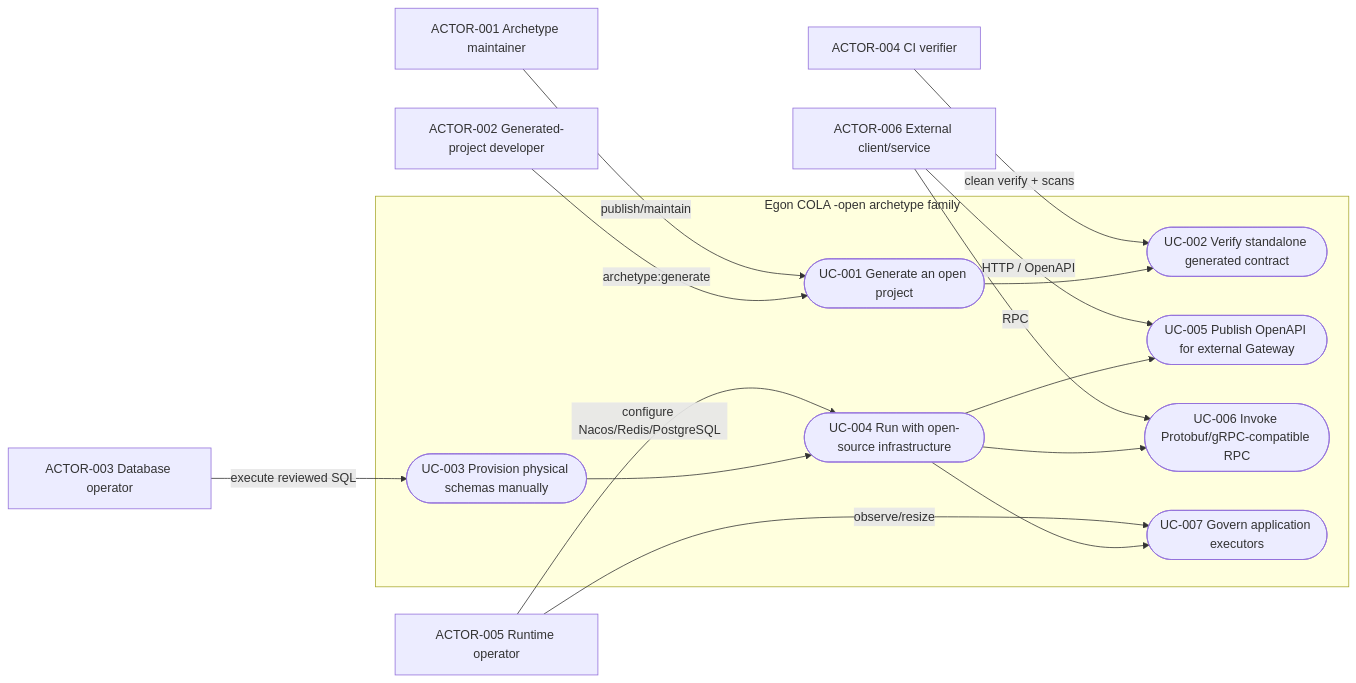
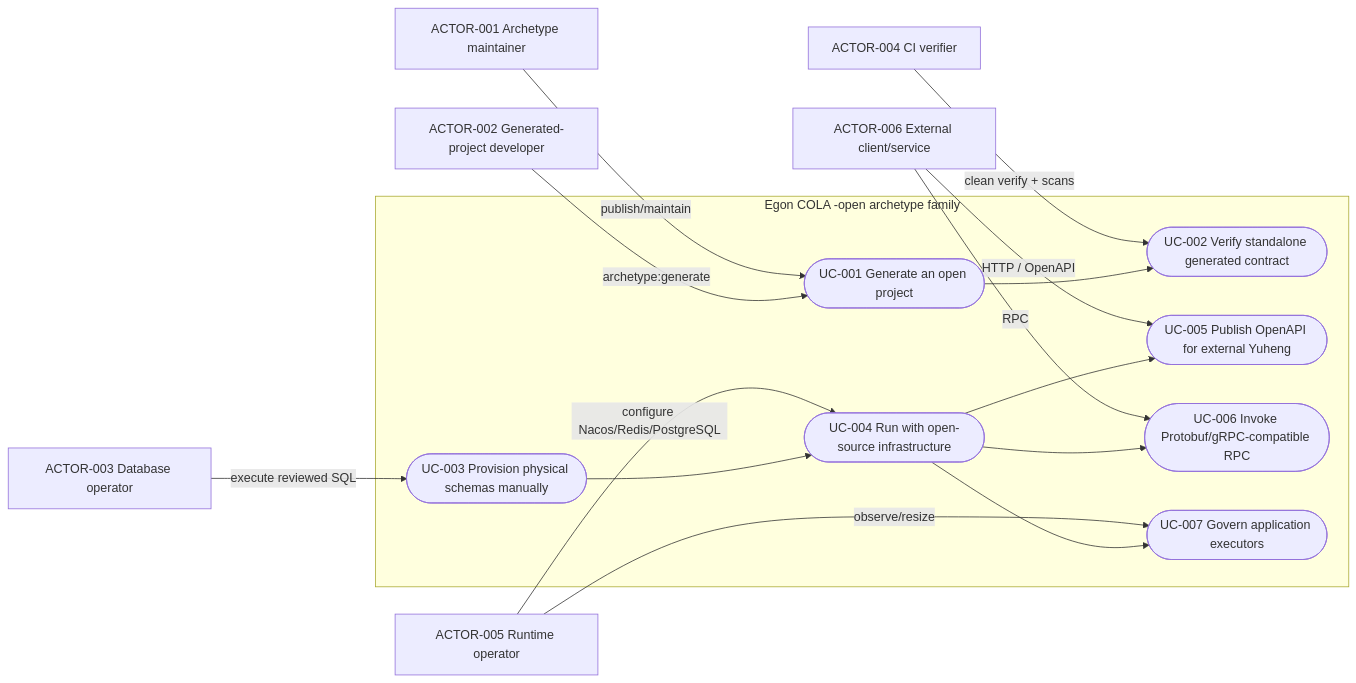
One commit to AllenDEricDAlexander/Egon-COLA changed the first of 7 diagrams in docs/egon/spec/2026-08-23-16-43-open-source-archetype-family.md. Above: the diagram before and after it, drawn with Mermaid. The commit also changed other lines of this file and 233 other files, not shown here.

````diff
--- a/docs/egon/spec/2026-08-23-16-43-open-source-archetype-family.md
+++ b/docs/egon/spec/2026-08-23-16-43-open-source-archetype-family.md
@@ -209,33 +209,33 @@
 ```mermaid
 flowchart LR
     Maintainer["ACTOR-001 Archetype maintainer"]
     Developer["ACTOR-002 Generated-project developer"]
     DBA["ACTOR-003 Database operator"]
     CI["ACTOR-004 CI verifier"]
     Operator["ACTOR-005 Runtime operator"]
     Client["ACTOR-006 External client/service"]
 
     subgraph OpenFamily["Egon COLA -open archetype family"]
         UC001(["UC-001 Generate an open project"])
         UC002(["UC-002 Verify standalone generated contract"])
         UC003(["UC-003 Provision physical schemas manually"])
         UC004(["UC-004 Run with open-source infrastructure"])
-        UC005(["UC-005 Publish OpenAPI for external Gateway"])
+        UC005(["UC-005 Publish OpenAPI for external Yuheng"])
         UC006(["UC-006 Invoke Protobuf/gRPC-compatible RPC"])
         UC007(["UC-007 Govern application executors"])
     end
 
     Maintainer -->|"publish/maintain"| UC001
     Developer -->|"archetype:generate"| UC001
     CI -->|"clean verify + scans"| UC002
     DBA -->|"execute reviewed SQL"| UC003
     Operator -->|"configure Nacos/Redis/PostgreSQL"| UC004
     Client -->|"HTTP / OpenAPI"| UC005
     Client -->|"RPC"| UC006
     Operator -->|"observe/resize"| UC007
     UC001 --> UC002
     UC003 --> UC004
     UC004 --> UC005
     UC004 --> UC006
     UC004 --> UC007
 ```
````
